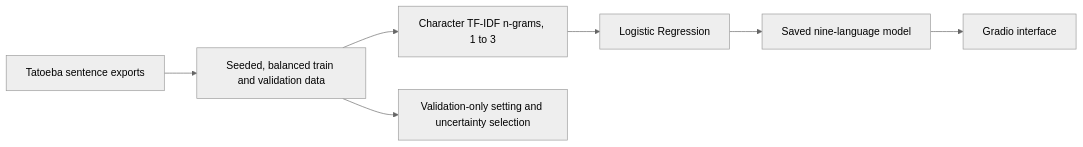
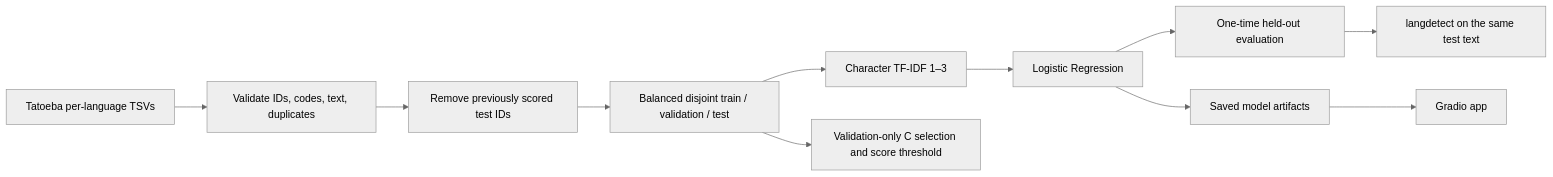
One commit to Mr-VantaRoot/LANGSCOPE-AI changed the diagram in README.md. Above: the diagram before and after it, drawn with Mermaid (neutral theme). The commit also changed other lines of this file and 42 other files, not shown here.

Commit message:
Finalize nine-language model and OOD rejection

````diff
--- a/README.md
+++ b/README.md
@@ -25,9 +27,13 @@
 ```mermaid
 flowchart LR
-    A[Tatoeba sentence exports] --> B[Seeded, balanced train and validation data]
-    B --> C[Character TF-IDF n-grams, 1 to 3]
-    C --> D[Logistic Regression]
-    B --> E[Validation-only setting and uncertainty selection]
-    D --> F[Saved nine-language model]
-    F --> G[Gradio interface]
+    A[Tatoeba per-language TSVs] --> B[Validate IDs, codes, text, duplicates]
+    B --> C[Remove previously scored test IDs]
+    C --> D[Balanced disjoint train / validation / test]
+    D --> E[Character TF-IDF 1–3]
+    E --> F[Logistic Regression]
+    D --> G[Validation-only C selection and score threshold]
+    F --> H[One-time held-out evaluation]
+    H --> I[langdetect on the same test text]
+    F --> J[Saved model artifacts]
+    J --> K[Gradio app]
 ```
````
